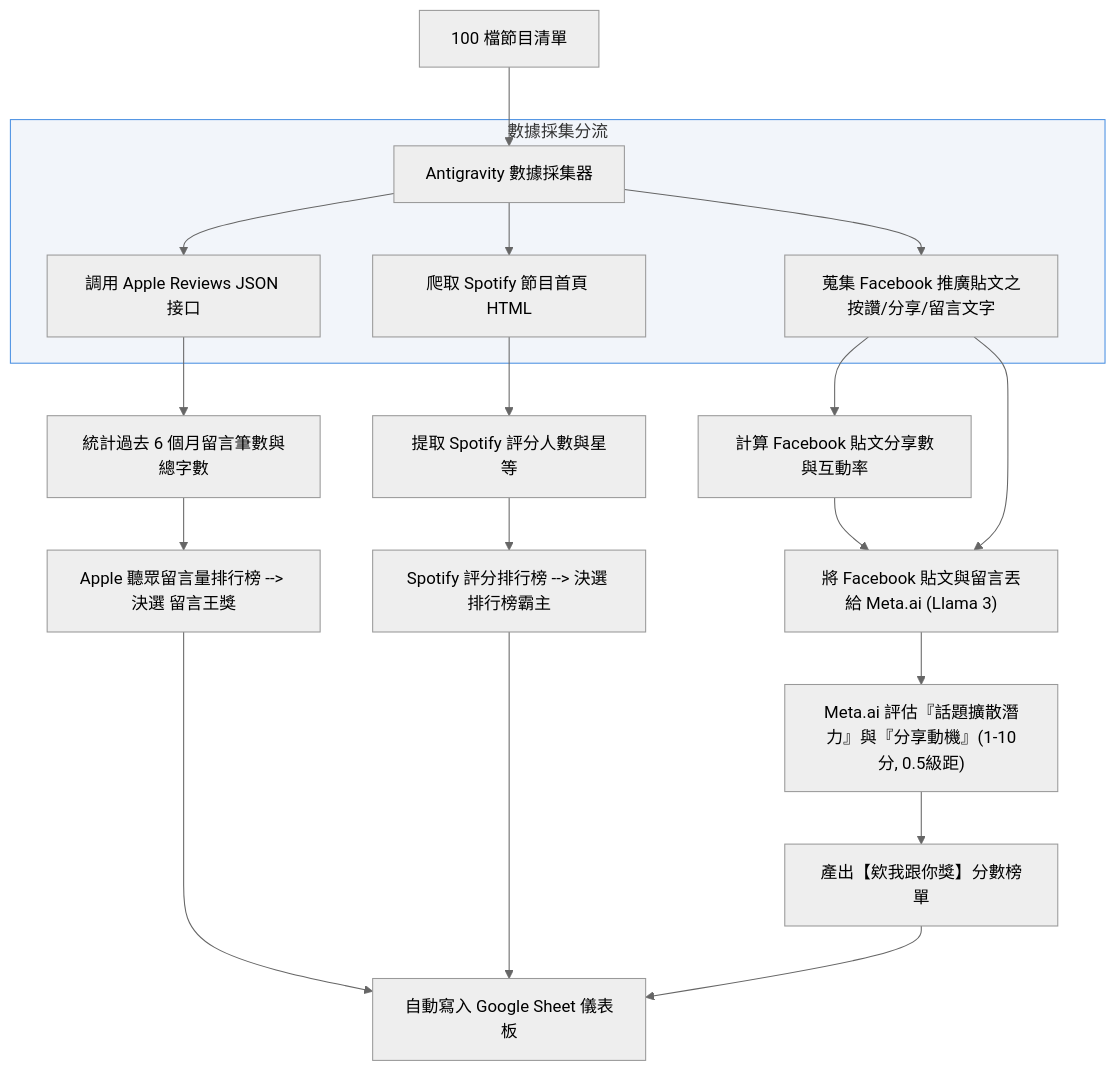
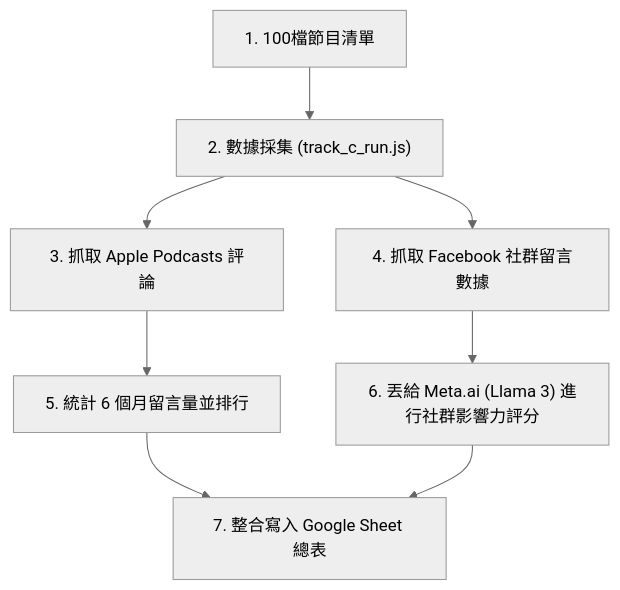
One commit to mandyaispace-glitch/sdh-award changed the third of 3 diagrams in podcast_evaluation_workflow.md. Above: the diagram before and after it, drawn with Mermaid (neutral theme). The commit also changed other lines of this file and 1 other file, not shown here.

Commit message:
Simplify Mermaid diagrams to resolve rendering errors and clean up trailing duplicate content

````diff
--- a/podcast_evaluation_workflow.md
+++ b/podcast_evaluation_workflow.md
@@ -218,25 +87,10 @@
 ```mermaid
 flowchart TD
-    A[100 檔節目清單] --> B[Antigravity 數據採集器]
-    
-    subgraph DataMining [數據採集分流]
-        B --> C[調用 Apple Reviews JSON 接口]
-        B --> D[爬取 Spotify 節目首頁 HTML]
-        B --> E[蒐集 Facebook 推廣貼文之按讚/分享/留言文字]
-    end
-    
-    C --> C1[統計過去 6 個月留言筆數與總字數]
-    D --> D1[提取 Spotify 評分人數與星等]
-    E --> E1[計算 Facebook 貼文分享數與互動率]
-    
-    C1 --> F1[Apple 聽眾留言量排行榜 --> 決選 留言王獎]
-    D1 --> F2[Spotify 評分排行榜 --> 決選 排行榜霸主]
-    E1 & E --> G["將 Facebook 貼文與留言丟給 Meta.ai (Llama 3)"]
-    
-    G --> G1["Meta.ai 評估『話題擴散潛力』與『分享動機』(1-10分, 0.5級距)"]
-    G1 --> H["產出【欸我跟你獎】分數榜單"]
-    
-    F1 & F2 & H --> I[自動寫入 Google Sheet 儀表板]
-    
-    style DataMining fill:#f2f5fa,stroke:#4a90e2,stroke-width:1px
+    A["1. 100檔節目清單"] --> B["2. 數據採集 (track_c_run.js)"]
+    B --> C["3. 抓取 Apple Podcasts 評論"]
+    B --> D["4. 抓取 Facebook 社群留言數據"]
+    C --> E["5. 統計 6 個月留言量並排行"]
+    D --> F["6. 丟給 Meta.ai (Llama 3) 進行社群影響力評分"]
+    E --> G["7. 整合寫入 Google Sheet 總表"]
+    F --> G
 ```
````
